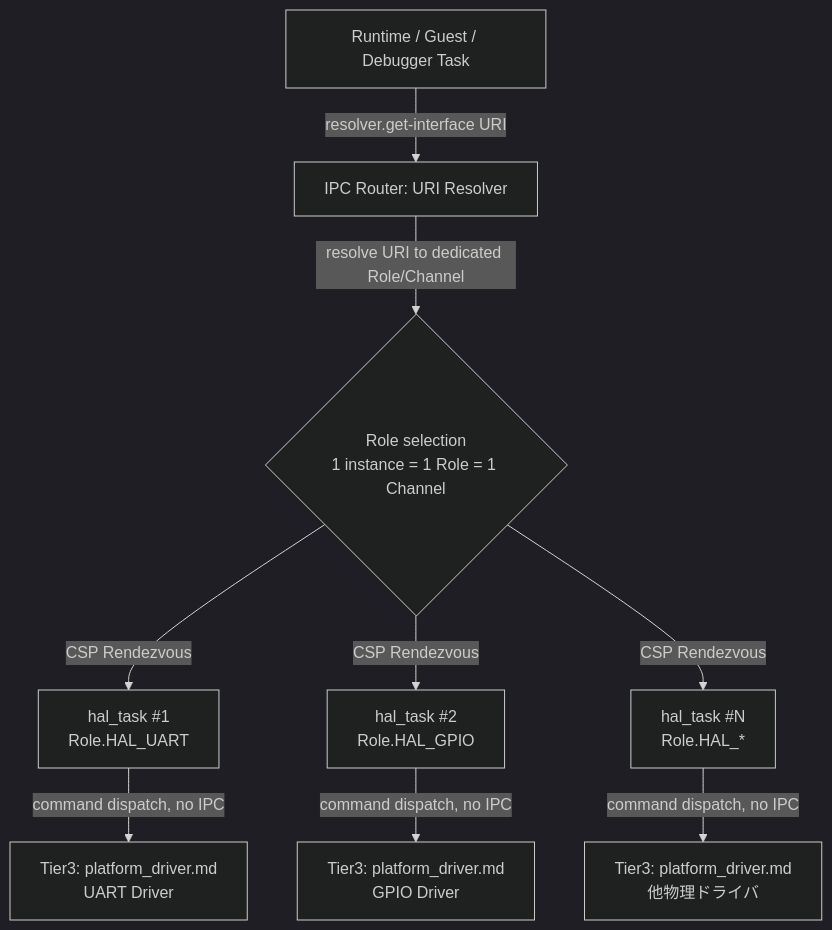
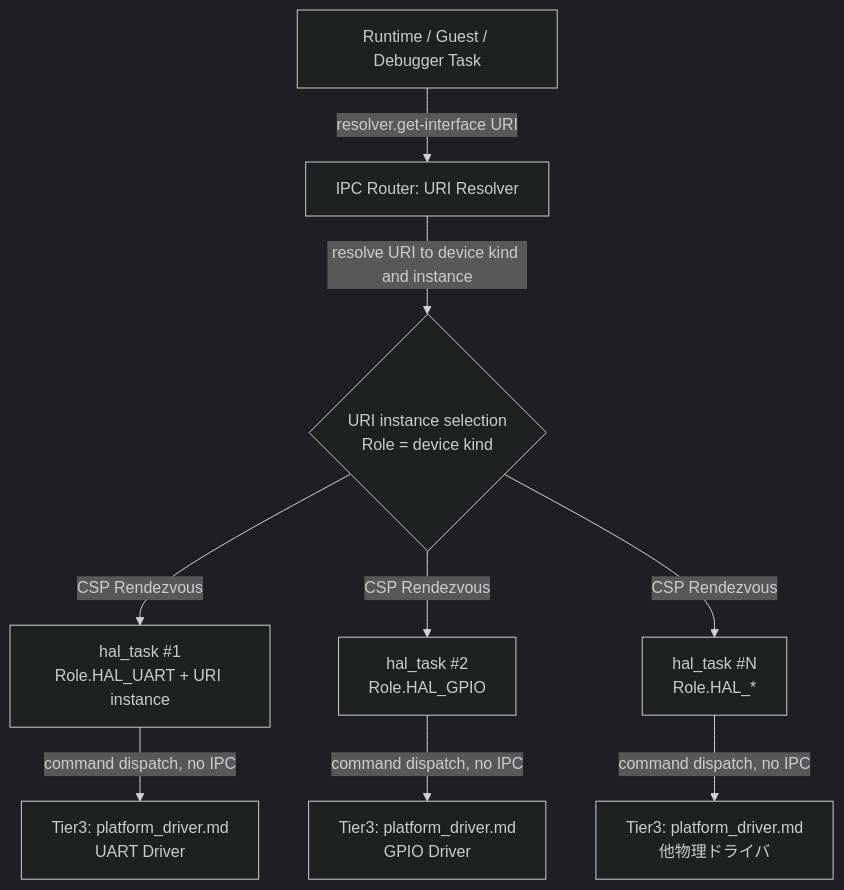
The diagram in docs/components/tier2_runtime/hal_dispatch.md (kmt-t/fireball), drawn with Mermaid (dark theme) before and after one commit. The commit also changed other lines of this file and 55 other files, not shown here.

Commit message:
Update project architecture and validation artifacts

````diff
--- a/docs/components/tier2_runtime/hal_dispatch.md
+++ b/docs/components/tier2_runtime/hal_dispatch.md
@@ -38,11 +38,11 @@
 ```mermaid
 flowchart TD
     Client[Runtime / Guest / Debugger Task] -->|resolver.get-interface URI| IPCR[IPC Router: URI Resolver]
-    IPCR -->|resolve URI to dedicated Role/Channel| Select{Role selection<br/>1 instance = 1 Role = 1 Channel}
-    Select -->|CSP Rendezvous| HT1["hal_task #1<br/>Role.HAL_UART"]
+    IPCR -->|resolve URI to device kind and instance| Select{URI instance selection<br/>Role = device kind}
+    Select -->|CSP Rendezvous| HT1["hal_task #1<br/>Role.HAL_UART + URI instance"]
     Select -->|CSP Rendezvous| HT2["hal_task #2<br/>Role.HAL_GPIO"]
     Select -->|CSP Rendezvous| HT3["hal_task #N<br/>Role.HAL_*"]
     HT1 -->|command dispatch, no IPC| D1[Tier3: platform_driver.md<br/>UART Driver]
     HT2 -->|command dispatch, no IPC| D2[Tier3: platform_driver.md<br/>GPIO Driver]
     HT3 -->|command dispatch, no IPC| D3[Tier3: platform_driver.md<br/>他物理ドライバ]
 ```
````
